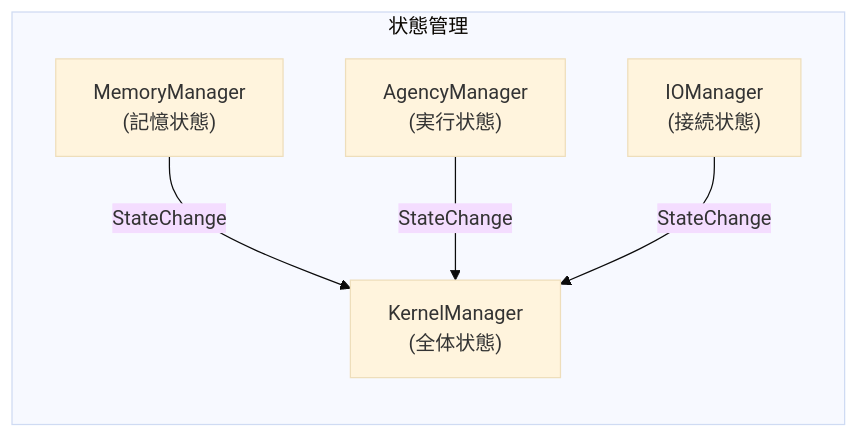
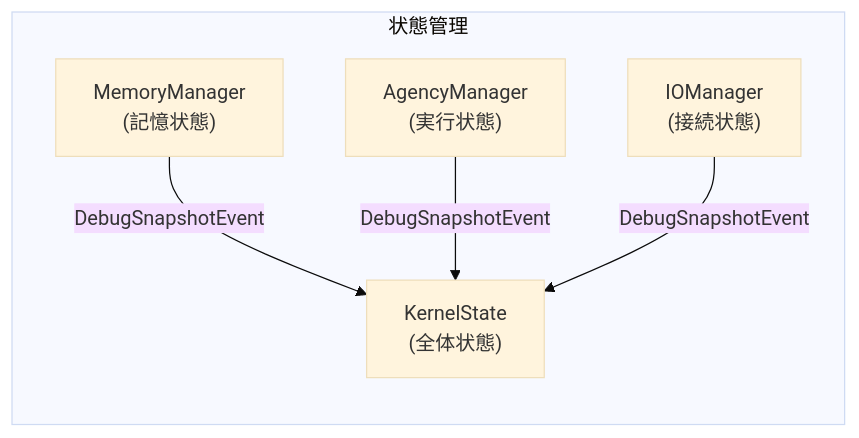
One commit to ibukani/iris-mind changed the third of 4 diagrams in docs/architecture.md. Above: the diagram before and after it, drawn with Mermaid (base theme). The commit also changed other lines of this file and 5 other files, not shown here.

````diff
--- a/docs/architecture.md
+++ b/docs/architecture.md
@@ -294,13 +343,13 @@
 ```mermaid
 flowchart LR
     subgraph L["状態管理"]
-        KS["KernelManager<br/>(全体状態)"]
+        KS["KernelState<br/>(全体状態)"]
         MS["MemoryManager<br/>(記憶状態)"]
         AS["AgencyManager<br/>(実行状態)"]
         IS["IOManager<br/>(接続状態)"]
     end
 
-    MS -->|StateChange| KS
-    AS -->|StateChange| KS
-    IS -->|StateChange| KS
+    MS -->|DebugSnapshotEvent| KS
+    AS -->|DebugSnapshotEvent| KS
+    IS -->|DebugSnapshotEvent| KS
 ```
````
